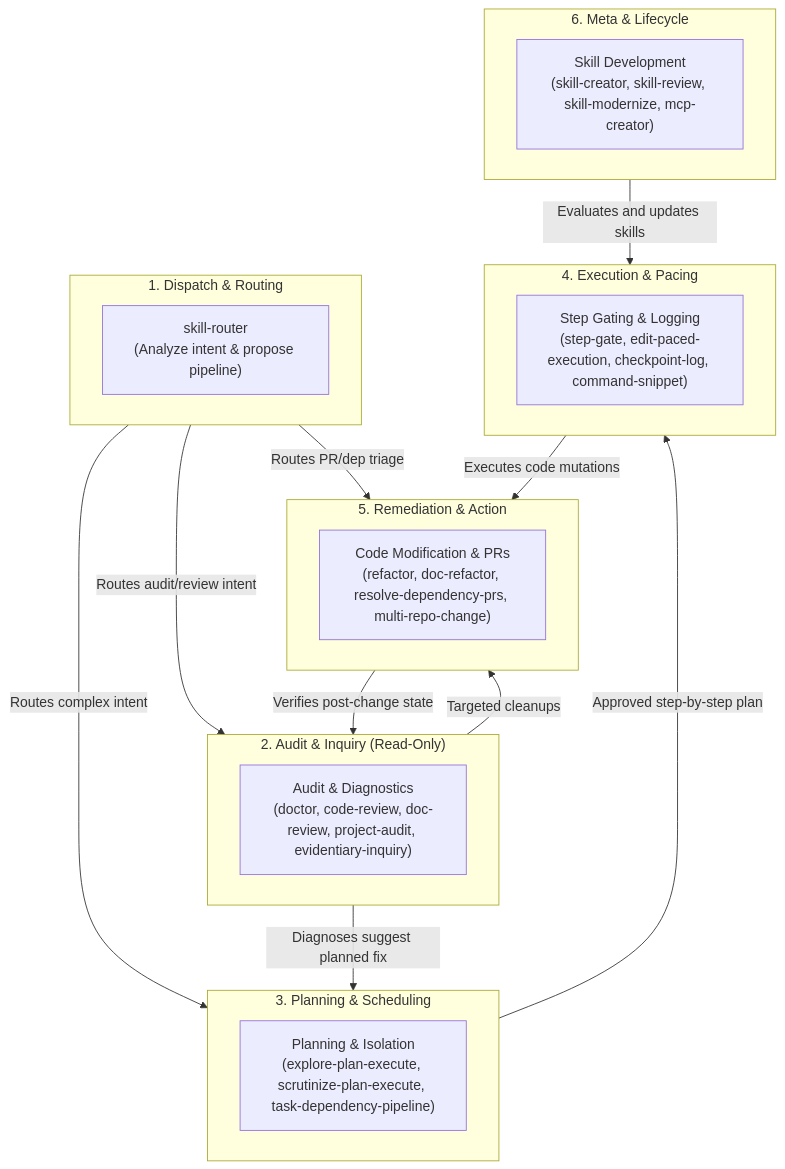
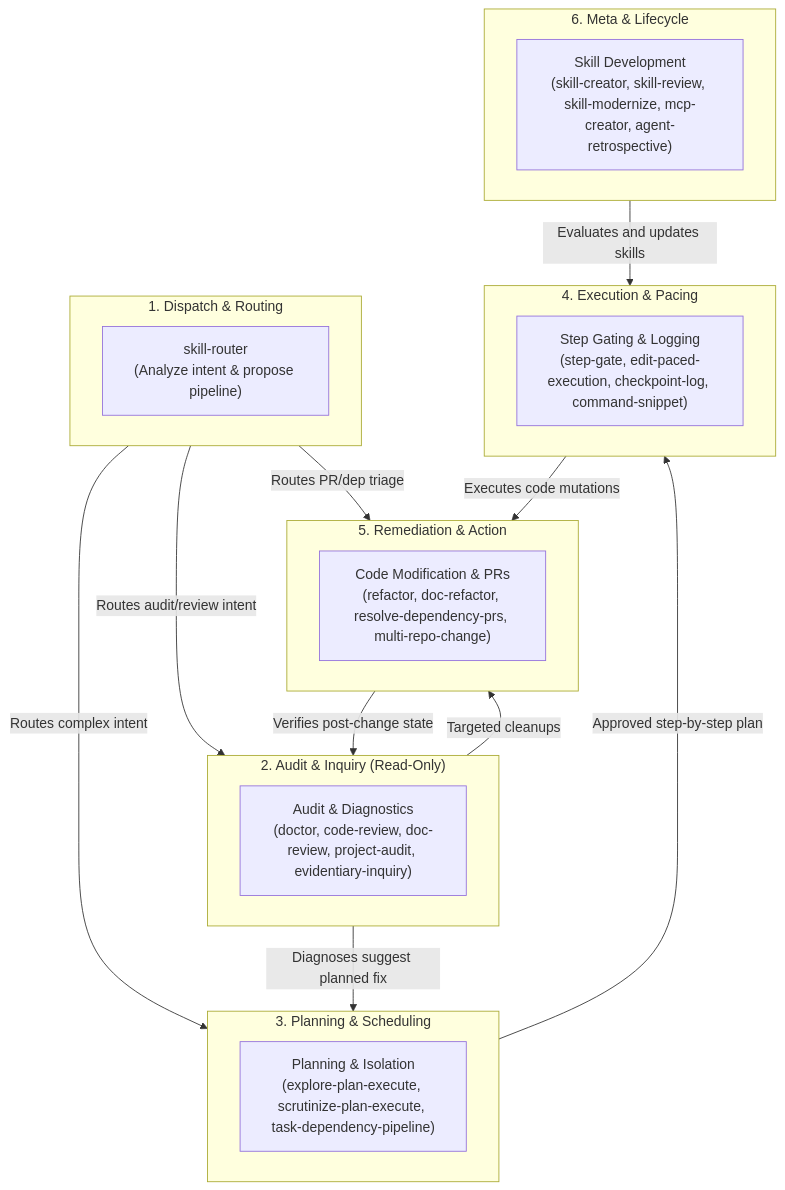
One commit to berquerant/agent-skills changed the first of 5 diagrams in docs/skill-interoperability.md. Above: the diagram before and after it, drawn with Mermaid. The commit also changed other lines of this file and 7 other files, not shown here.

First line of the commit message:
feat(agent-retrospective): implement agent log retrospective and workflow mining skill (#17)

````diff
--- a/docs/skill-interoperability.md
+++ b/docs/skill-interoperability.md
@@ -13,37 +13,37 @@
 ```mermaid
 flowchart TD
     subgraph Dispatch ["1. Dispatch & Routing"]
         SR["skill-router<br/>(Analyze intent & propose pipeline)"]
     end
 
     subgraph Audit ["2. Audit & Inquiry (Read-Only)"]
         AUD["Audit & Diagnostics<br/>(doctor, code-review, doc-review, project-audit, evidentiary-inquiry)"]
     end
 
     subgraph Planning ["3. Planning & Scheduling"]
         PLAN["Planning & Isolation<br/>(explore-plan-execute, scrutinize-plan-execute, task-dependency-pipeline)"]
     end
 
     subgraph Execution ["4. Execution & Pacing"]
         EXEC["Step Gating & Logging<br/>(step-gate, edit-paced-execution, checkpoint-log, command-snippet)"]
     end
 
     subgraph Remediation ["5. Remediation & Action"]
         REM["Code Modification & PRs<br/>(refactor, doc-refactor, resolve-dependency-prs, multi-repo-change)"]
     end
 
     subgraph Meta ["6. Meta & Lifecycle"]
-        META["Skill Development<br/>(skill-creator, skill-review, skill-modernize, mcp-creator)"]
+        META["Skill Development<br/>(skill-creator, skill-review, skill-modernize, mcp-creator, agent-retrospective)"]
     end
 
     %% High-level hand-offs
     Dispatch -->|"Routes complex intent"| Planning
     Dispatch -->|"Routes audit/review intent"| Audit
     Dispatch -->|"Routes PR/dep triage"| Remediation
     Audit -->|"Diagnoses suggest planned fix"| Planning
     Audit -->|"Targeted cleanups"| Remediation
     Planning -->|"Approved step-by-step plan"| Execution
     Execution -->|"Executes code mutations"| Remediation
     Remediation -->|"Verifies post-change state"| Audit
     Meta -->|"Evaluates and updates skills"| Execution
 ```
````
